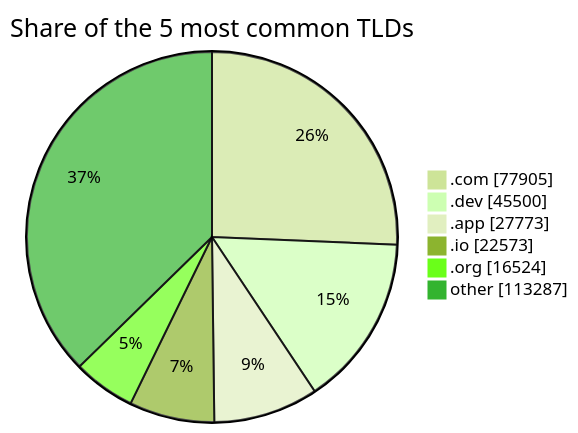
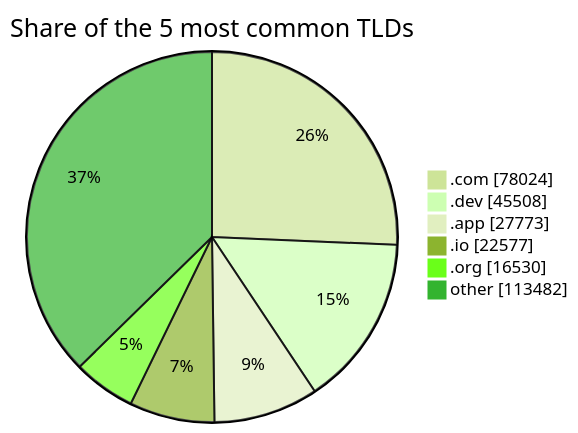
The third of 3 diagrams in README.md (DNSBunker/CTI), drawn with Mermaid (forest theme) before and after one commit. The commit also changed other lines of this file and 3 other files, not shown here.

````diff
--- a/README.md
+++ b/README.md
@@ -81,9 +81,9 @@
 ```mermaid
 pie showData title Share of the 5 most common TLDs
-    ".com" : 77905
-    ".dev" : 45500
+    ".com" : 78024
+    ".dev" : 45508
     ".app" : 27773
-    ".io" : 22573
-    ".org" : 16524
-    "other" : 113287
+    ".io" : 22577
+    ".org" : 16530
+    "other" : 113482
 ```
````
